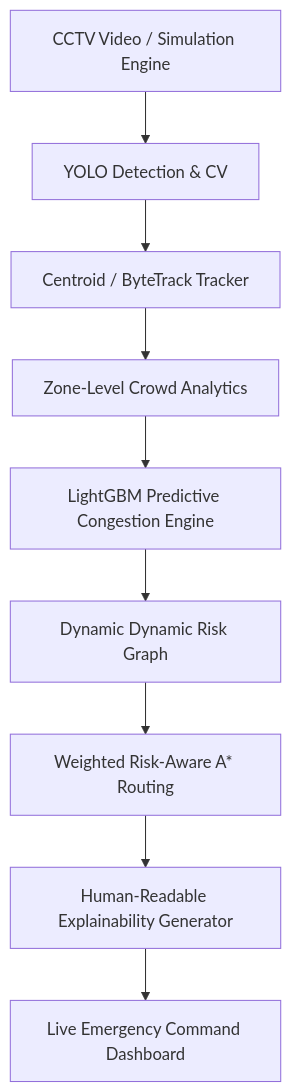
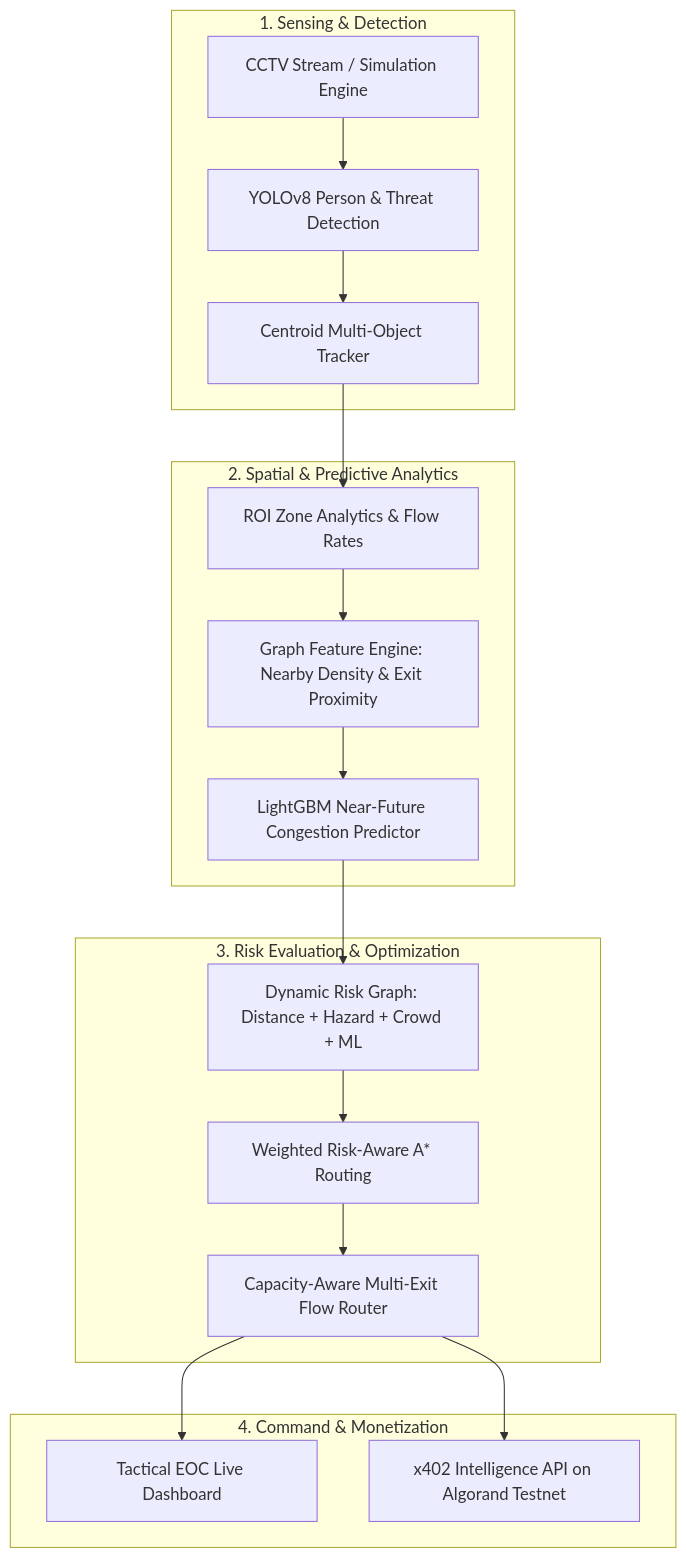
Before and after one commit to Mahishukla1207/exit-iq: the diagram in README.md, drawn with Mermaid. The commit also changed other lines of this file, not shown here.

````diff
--- a/README.md
+++ b/README.md
@@ -23,11 +49,24 @@
 ```mermaid
 flowchart TD
-    A[CCTV Video / Simulation Engine] --> B[YOLO Detection & CV]
-    B --> C[Centroid / ByteTrack Tracker]
-    C --> D[Zone-Level Crowd Analytics]
-    D --> E[LightGBM Predictive Congestion Engine]
-    E --> F[Dynamic Dynamic Risk Graph]
-    F --> G[Weighted Risk-Aware A* Routing]
-    G --> H[Human-Readable Explainability Generator]
-    H --> I[Live Emergency Command Dashboard]
+    subgraph INGESTION["1. Sensing & Detection"]
+        A[CCTV Stream / Simulation Engine] --> B[YOLOv8 Person & Threat Detection]
+        B --> C[Centroid Multi-Object Tracker]
+    end
+
+    subgraph ANALYTICS["2. Spatial & Predictive Analytics"]
+        C --> D[ROI Zone Analytics & Flow Rates]
+        D --> E[Graph Feature Engine: Nearby Density & Exit Proximity]
+        E --> F[LightGBM Near-Future Congestion Predictor]
+    end
+
+    subgraph ROUTING["3. Risk Evaluation & Optimization"]
+        F --> G[Dynamic Risk Graph: Distance + Hazard + Crowd + ML]
+        G --> H[Weighted Risk-Aware A* Routing]
+        H --> I[Capacity-Aware Multi-Exit Flow Router]
+    end
+
+    subgraph DELIVERY["4. Command & Monetization"]
+        I --> J[Tactical EOC Live Dashboard]
+        I --> K[x402 Intelligence API on Algorand Testnet]
+    end
 ```
````
